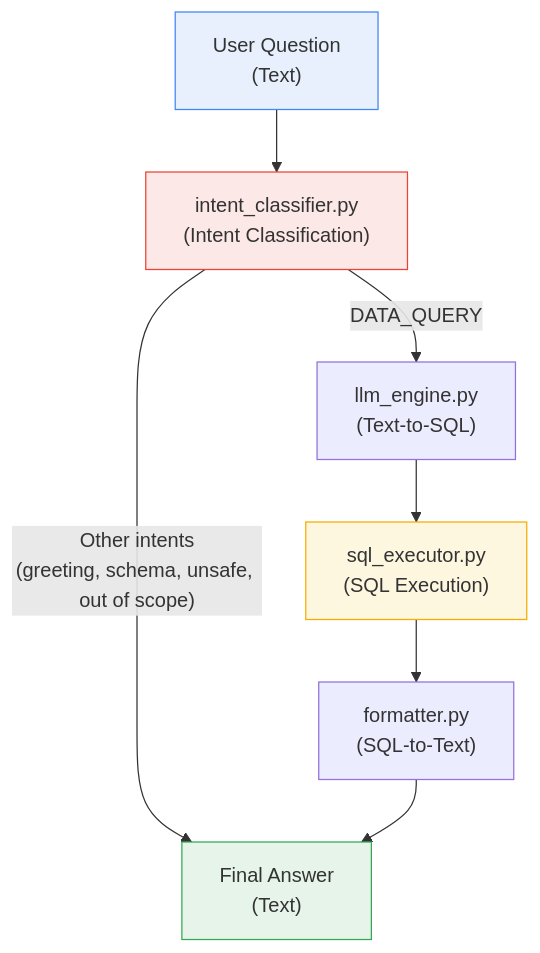
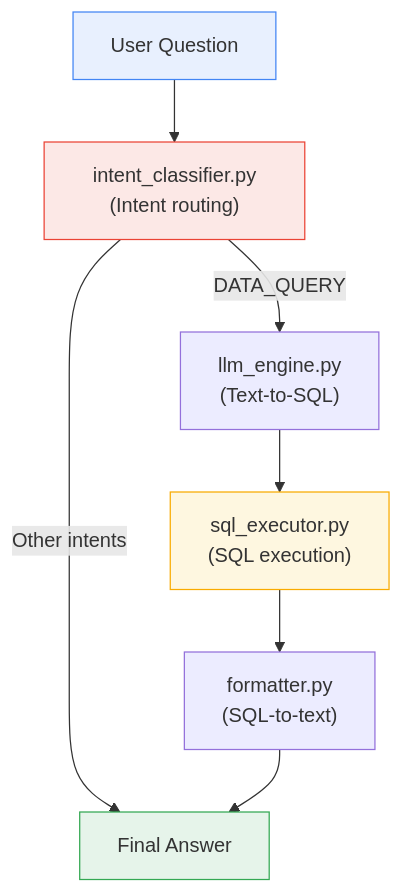
The diagram in README.md (chadamaly/DATA-QA-AGENT), drawn with Mermaid before and after one commit.

Commit message:
Refine flowchart for intent classification process
Updated the flowchart in the README to improve clarity on intent classification and execution steps.

````diff
--- a/README.md
+++ b/README.md
@@ -23,15 +23,15 @@
 ```mermaid
 flowchart TD
-    A["User Question<br/>(Text)"] --> B["intent_classifier.py<br/>(Intent Classification)"]
+    A["User Question"] --> B["&nbsp;&nbsp;intent_classifier.py&nbsp;&nbsp;<br/>(Intent routing)"]
     B -->|DATA_QUERY| C["llm_engine.py<br/>(Text-to-SQL)"]
-    B -->|"Other intents<br/>(greeting, schema, unsafe, out of scope)"| F
-    C --> D["sql_executor.py<br/>(SQL Execution)"]
-    D --> E["formatter.py<br/>(SQL-to-Text)"]
-    E --> F["Final Answer<br/>(Text)"]
+    B -->|Other intents| F
+    C --> D["sql_executor.py<br/>(SQL execution)"]
+    D --> E["formatter.py<br/>(SQL-to-text)"]
+    E --> F["Final Answer"]
 
     style A fill:#e8f0fe,stroke:#4285f4
     style F fill:#e6f4ea,stroke:#34a853
     style D fill:#fef7e0,stroke:#f9ab00
     style B fill:#fce8e6,stroke:#ea4335
 
 ```
````
